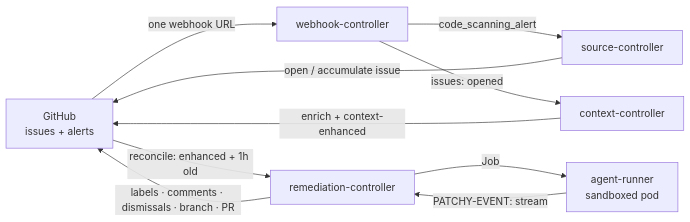
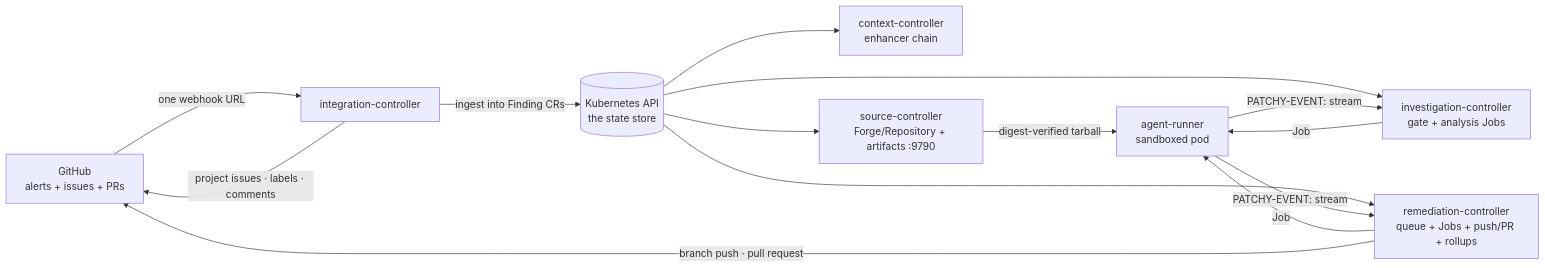
One commit to bitwise-media-group/patchy changed the diagram in docs/how-it-works.md. Above: the diagram before and after it, drawn with Mermaid. The commit also changed other lines of this file and 28 other files, not shown here.

````diff
--- a/docs/how-it-works.md
+++ b/docs/how-it-works.md
@@ -12,12 +16,16 @@
 ```mermaid
 flowchart LR
-    GH[GitHub<br/>issues + alerts] -->|one webhook URL| WP[webhook-controller]
-    WP -->|code_scanning_alert| SC[source-controller]
-    SC -->|open / accumulate issue| GH
-    WP -->|issues: opened| CC[context-controller]
-    CC -->|enrich + context-enhanced| GH
-    GH -->|reconcile: enhanced + 1h old| RC[remediation-controller]
-    RC -->|Job| AR[agent-runner<br/>sandboxed pod]
+    GH[GitHub<br/>alerts + issues + PRs] -->|one webhook URL| IC[integration-controller]
+    IC -->|ingest into Finding CRs| K8S[(Kubernetes API<br/>the state store)]
+    IC -->|project issues · labels · comments| GH
+    K8S --> CC[context-controller<br/>enhancer chain]
+    K8S --> SC[source-controller<br/>Forge/Repository + artifacts :9790]
+    K8S --> VC[investigation-controller<br/>gate + analysis Jobs]
+    K8S --> RC[remediation-controller<br/>queue + Jobs + push/PR + rollups]
+    VC -->|Job| AR[agent-runner<br/>sandboxed pod]
+    RC -->|Job| AR
+    SC -->|digest-verified tarball| AR
+    AR -->|PATCHY-EVENT: stream| VC
     AR -->|PATCHY-EVENT: stream| RC
-    RC -->|labels · comments · dismissals · branch · PR| GH
+    RC -->|branch push · pull request| GH
 ```
````
